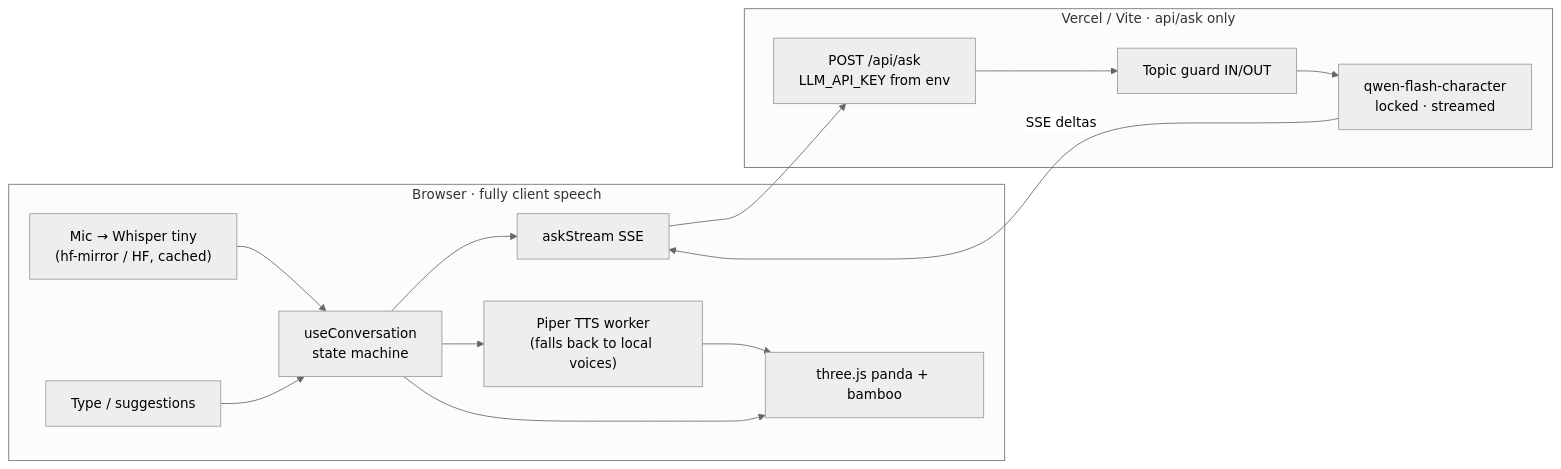
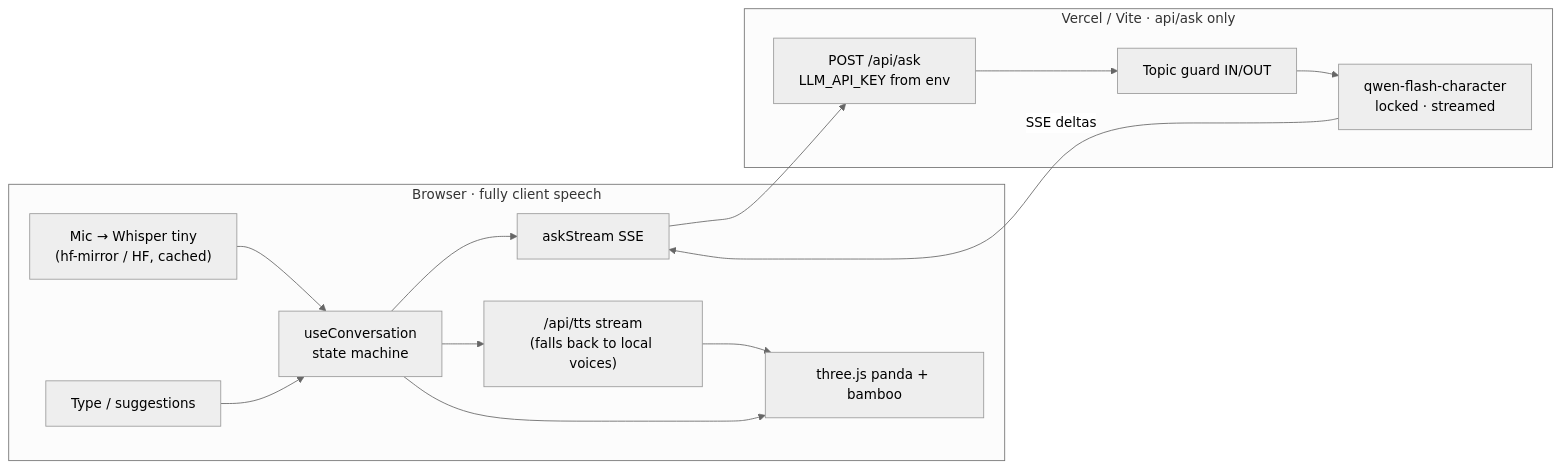
One commit to RaphaelPelerin/Bao-The-Panda-Expert changed the diagram in README.md. Above: the diagram before and after it, drawn with Mermaid (neutral theme). The commit also changed other lines of this file and 16 other files, not shown here.

````diff
--- a/README.md
+++ b/README.md
@@ -50,19 +50,19 @@
 ```mermaid
 flowchart LR
   subgraph Browser["Browser · fully client speech"]
     Mic["Mic → Whisper tiny\n(hf-mirror / HF, cached)"] --> Hook
     Type["Type / suggestions"] --> Hook
     Hook["useConversation\nstate machine"] --> SSE["askStream SSE"]
-    Hook --> TTS["Piper TTS worker\n(falls back to local voices)"]
+    Hook --> TTS["/api/tts stream\n(falls back to local voices)"]
     Hook --> Avatar["three.js panda + bamboo"]
     TTS --> Avatar
   end
 
   subgraph Server["Vercel / Vite · api/ask only"]
     API["POST /api/ask\nLLM_API_KEY from env"] --> Guard["Topic guard IN/OUT"]
     Guard --> Qwen["qwen-flash-character\nlocked · streamed"]
   end
 
   SSE --> API
   Qwen -->|SSE deltas| SSE
 ```
````
